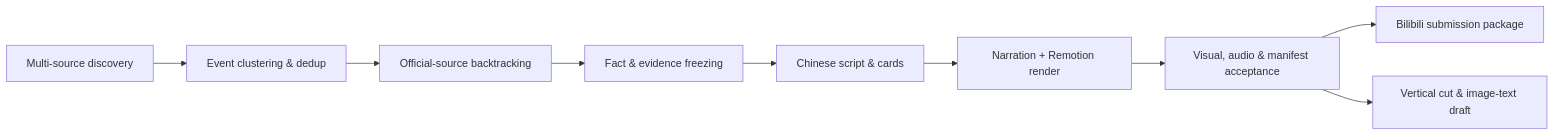
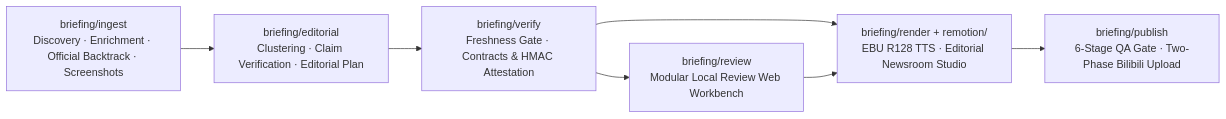
Before and after one commit to STARDUSTLC666/ai-daily-briefing: the diagram in README.en.md, drawn with Mermaid. The commit also changed other lines of this file and 182 other files, not shown here.

Commit message:
refactor!: modularize v0.2 layered pipeline, unified CLI, review workbench and Editorial Newsroom studio

````diff
--- a/README.en.md
+++ b/README.en.md
@@ -28,11 +19,9 @@
 ```mermaid
 flowchart LR
-    A["Multi-source discovery"] --> B["Event clustering & dedup"]
-    B --> C["Official-source backtracking"]
-    C --> D["Fact & evidence freezing"]
-    D --> E["Chinese script & cards"]
-    E --> F["Narration + Remotion render"]
-    F --> G["Visual, audio & manifest acceptance"]
-    G --> H["Bilibili submission package"]
-    G --> I["Vertical cut & image-text draft"]
+    A["briefing/ingest<br/>Discovery · Enrichment · Official Backtrack · Screenshots"] --> B["briefing/editorial<br/>Clustering · Claim Verification · Editorial Plan"]
+    B --> C["briefing/verify<br/>Freshness Gate · Contracts & HMAC Attestation"]
+    C --> D["briefing/review<br/>Modular Local Review Web Workbench"]
+    C --> E["briefing/render + remotion/<br/>EBU R128 TTS · Editorial Newsroom Studio"]
+    D --> E
+    E --> F["briefing/publish<br/>6-Stage QA Gate · Two-Phase Bilibili Upload"]
 ```
````
